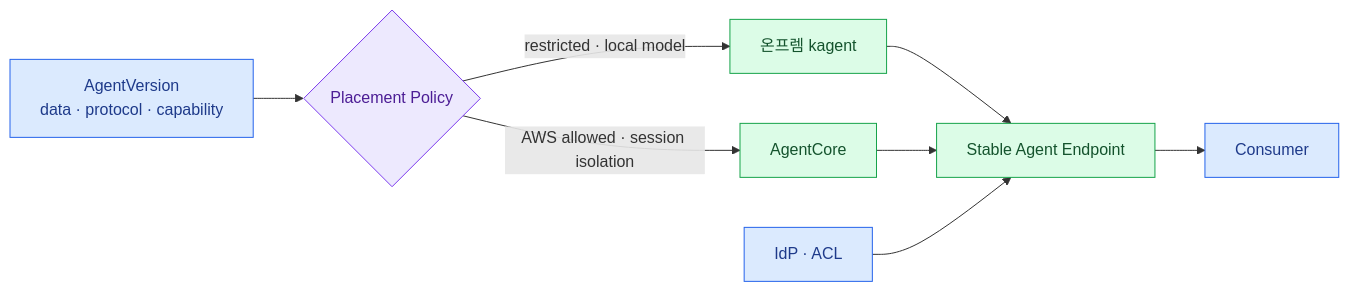
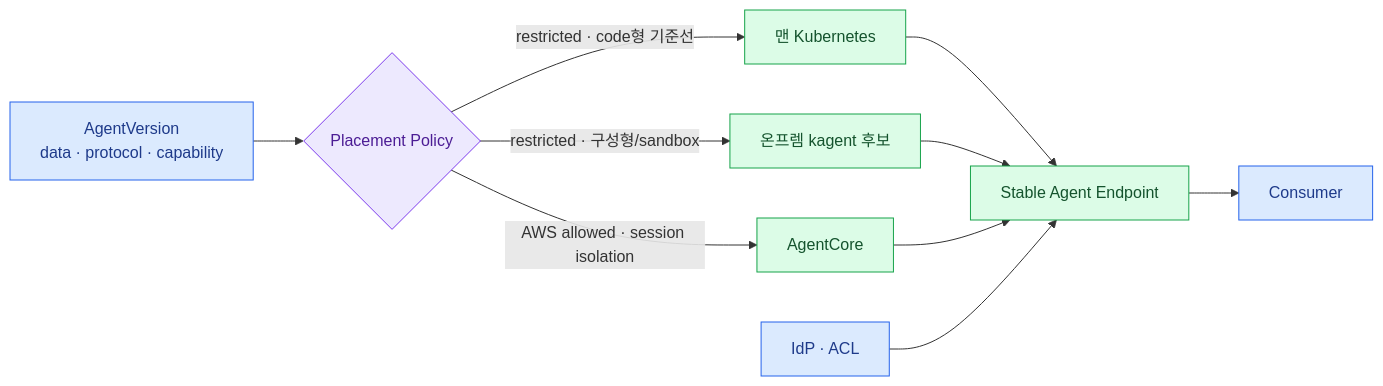
Before and after one commit to mechurak/study-starlight: the diagram in src/content/docs/agent-platform/14-hybrid.mdx, drawn with Mermaid. The commit also changed other lines of this file and 21 other files, not shown here.

Commit message:
Refine the agent platform architecture deck

````diff
--- a/src/content/docs/agent-platform/14-hybrid.mdx
+++ b/src/content/docs/agent-platform/14-hybrid.mdx
@@ -22,17 +22,19 @@
 ```mermaid
 flowchart LR
     SPEC["AgentVersion<br/>data · protocol · capability"] --> PLACE{"Placement Policy"}
-    PLACE -->|"restricted · local model"| KAG["온프렘 kagent"]
+    PLACE -->|"restricted · code형 기준선"| K0["맨 Kubernetes"]
+    PLACE -->|"restricted · 구성형/sandbox"| KAG["온프렘 kagent 후보"]
     PLACE -->|"AWS allowed · session isolation"| ACR["AgentCore"]
+    K0 --> ROUTE["Stable Agent Endpoint"]
     KAG --> ROUTE["Stable Agent Endpoint"]
     ACR --> ROUTE
     IDP["IdP · ACL"] --> ROUTE
     ROUTE --> USER["Consumer"]
 
     classDef key fill:#dbeafe,stroke:#2563eb,color:#1e3a8a
     classDef zone fill:#ede9fe,stroke:#7c3aed,color:#4c1d95
     classDef ok fill:#dcfce7,stroke:#16a34a,color:#14532d
     class SPEC,IDP,USER key
     class PLACE zone
-    class KAG,ACR,ROUTE ok
+    class K0,KAG,ACR,ROUTE ok
 ```
````
